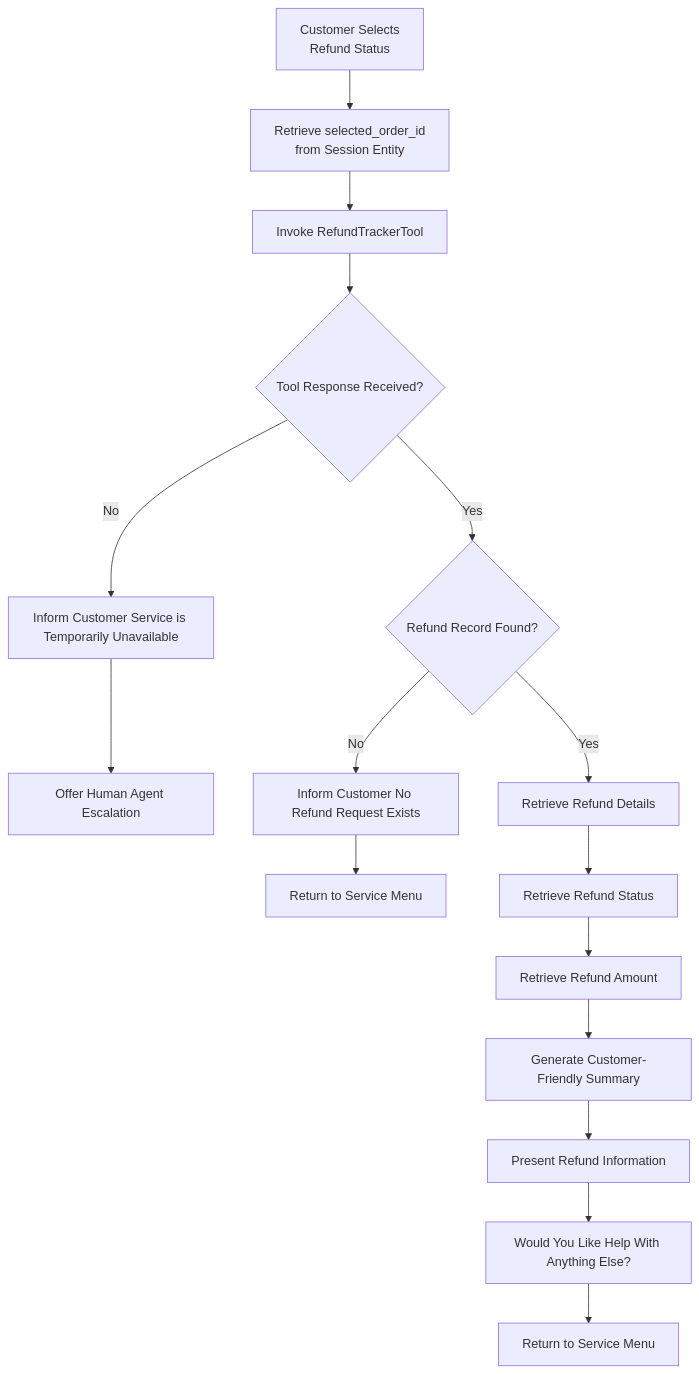
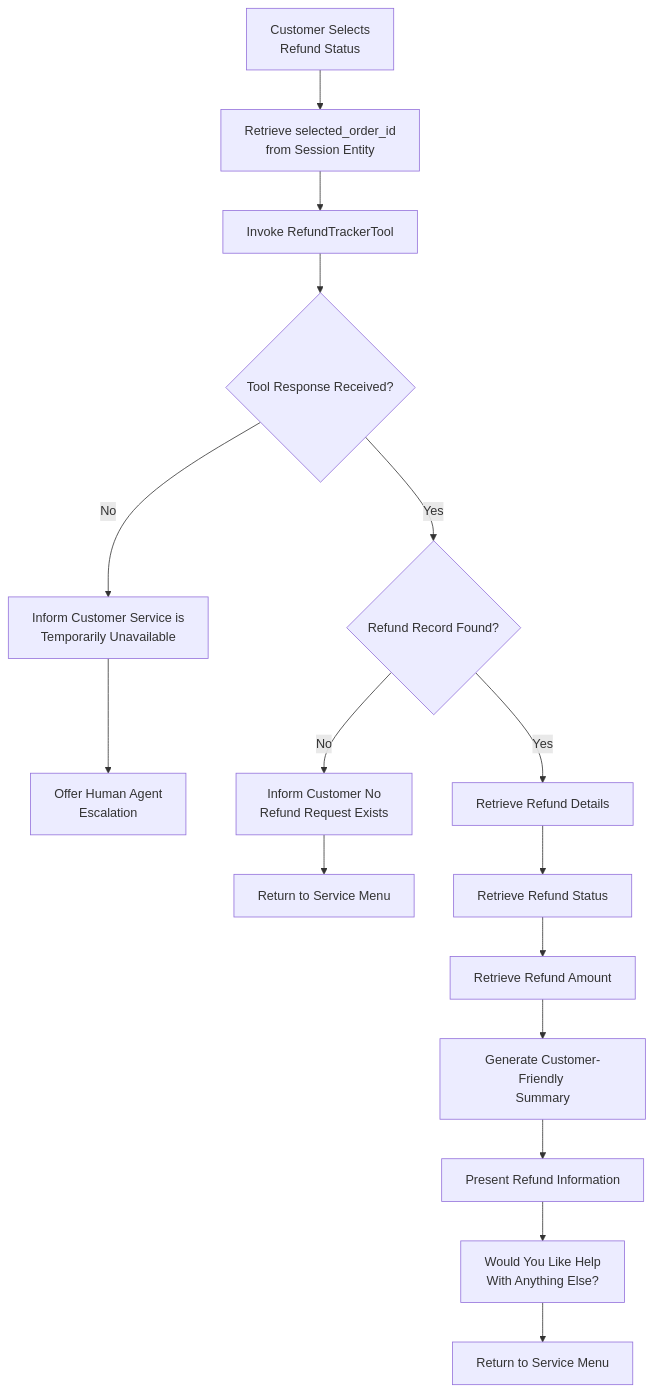
Before and after one commit to anshikasaini12/retail-cx-voice-agent-gcp: the fifth of 6 diagrams in docs/02_conversational_architecture.md, drawn with Mermaid. The commit also changed other lines of this file, not shown here.

````diff
--- a/docs/02_conversational_architecture.md
+++ b/docs/02_conversational_architecture.md
@@ -324,35 +281,35 @@
 ```mermaid
 flowchart TD
 
 A[Customer Selects<br/>Refund Status]
 
 --> B[Retrieve selected_order_id<br/>from Session Entity]
 
 --> C[Invoke RefundTrackerTool]
 
 --> D{Tool Response Received?}
 
-D -- No --> E[Inform Customer Service is Temporarily Unavailable]
+D -- No --> E[Inform Customer Service is <br/> Temporarily Unavailable]
 
-E --> F[Offer Human Agent Escalation]
+E --> F[Offer Human Agent <br/>Escalation]
 
 D -- Yes --> G{Refund Record Found?}
 
-G -- No --> H[Inform Customer No Refund Request Exists]
+G -- No --> H[Inform Customer No <br/>Refund Request Exists]
 
 H --> I[Return to Service Menu]
 
 G -- Yes --> J[Retrieve Refund Details]
 
 J --> K[Retrieve Refund Status]
 
 K --> L[Retrieve Refund Amount]
 
-L --> M[Generate Customer-Friendly Summary]
+L --> M[Generate Customer-Friendly <br/>Summary]
 
 M --> N[Present Refund Information]
 
-N --> O[Would You Like Help With Anything Else?]
+N --> O[Would You Like Help <br/> With Anything Else?]
 
 O --> P[Return to Service Menu]
 ```
````
